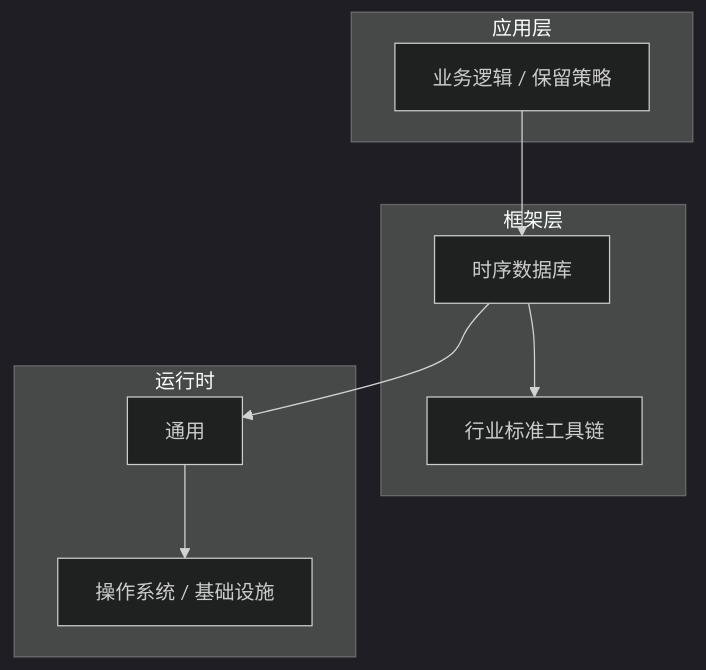
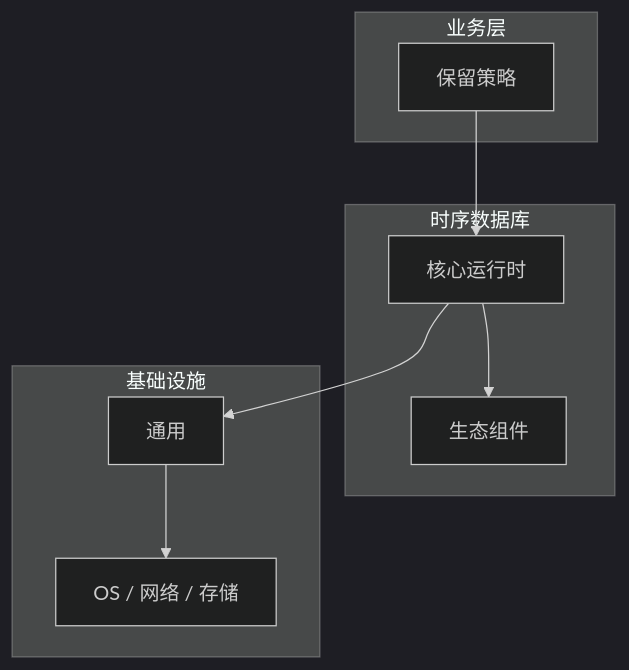
The diagram in articles/时序数据库/chapters/051-保留策略核心概念与原理.md (yanggan2015/knowledge-json-v2), drawn with Mermaid (dark theme) before and after one commit. The commit also changed other lines of this file and 10127 other files, not shown here.

````diff
--- a/articles/时序数据库/chapters/051-保留策略核心概念与原理.md
+++ b/articles/时序数据库/chapters/051-保留策略核心概念与原理.md
@@ -45,18 +34,18 @@
 ```mermaid
 graph TB
-    subgraph 应用层
-        A[业务逻辑 / 保留策略]
+    subgraph 业务层
+        A[保留策略]
     end
-    subgraph 框架层
-        B[时序数据库]
-        C[行业标准工具链]
+    subgraph 时序数据库
+        B[核心运行时]
+        C[生态组件]
     end
-    subgraph 运行时
+    subgraph 基础设施
         D[通用]
-        E[操作系统 / 基础设施]
+        E[OS / 网络 / 存储]
     end
     A --> B
     B --> C
     B --> D
     D --> E
 ```
````
